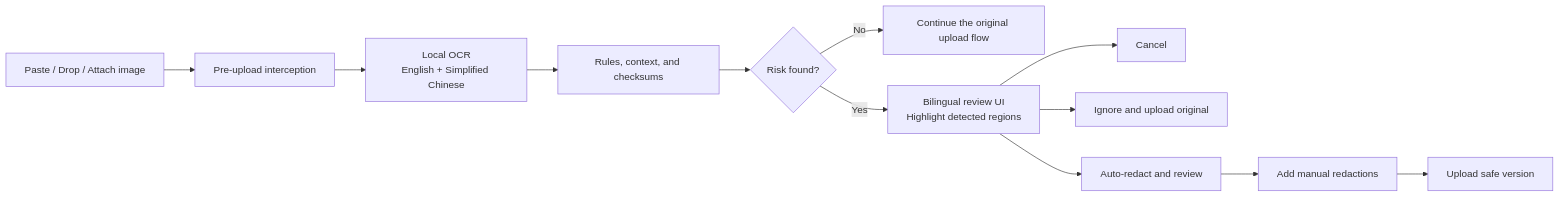
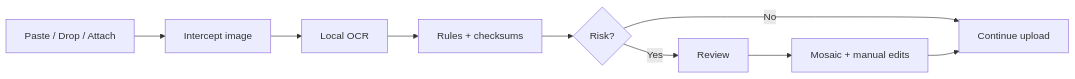
One commit to donghan22/redact-before-send changed the diagram in README.md. Above: the diagram before and after it, drawn with Mermaid. The commit also changed other lines of this file and 33 other files, not shown here.

```diff
--- a/README.md
+++ b/README.md
@@ -53,14 +81,11 @@
 ~~~mermaid
 flowchart LR
-    A["Paste / Drop / Attach image"] --> B["Pre-upload interception"]
-    B --> C["Local OCR<br/>English + Simplified Chinese"]
-    C --> D["Rules, context, and checksums"]
-    D --> E{"Risk found?"}
-    E -- No --> F["Continue the original upload flow"]
-    E -- Yes --> G["Bilingual review UI<br/>Highlight detected regions"]
-    G --> H["Cancel"]
-    G --> I["Ignore and upload original"]
-    G --> J["Auto-redact and review"]
-    J --> K["Add manual redactions"]
-    K --> L["Upload safe version"]
+    A["Paste / Drop / Attach"] --> B["Intercept image"]
+    B --> C["Local OCR"]
+    C --> D["Rules + checksums"]
+    D --> E{"Risk?"}
+    E -- No --> F["Continue upload"]
+    E -- Yes --> G["Review"]
+    G --> H["Mosaic + manual edits"]
+    H --> F
 ~~~
```
